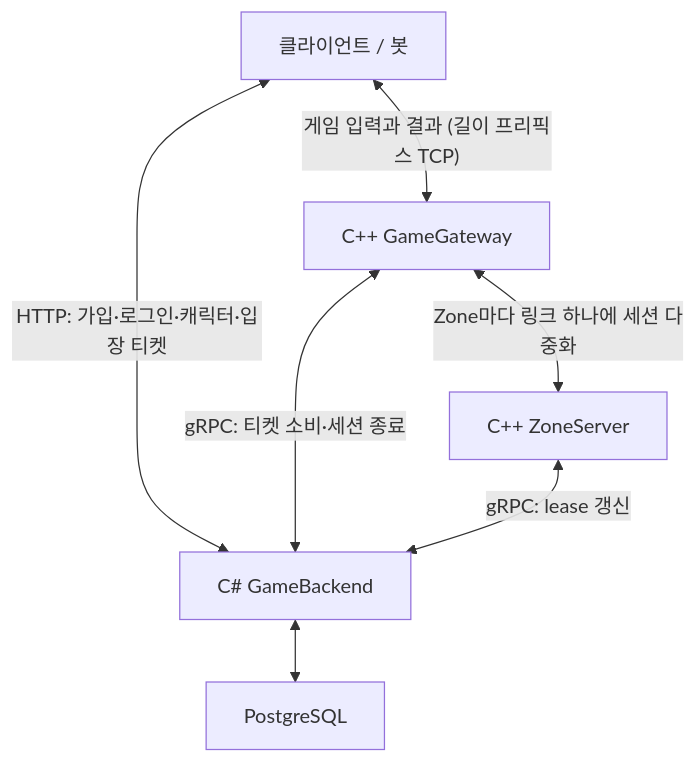
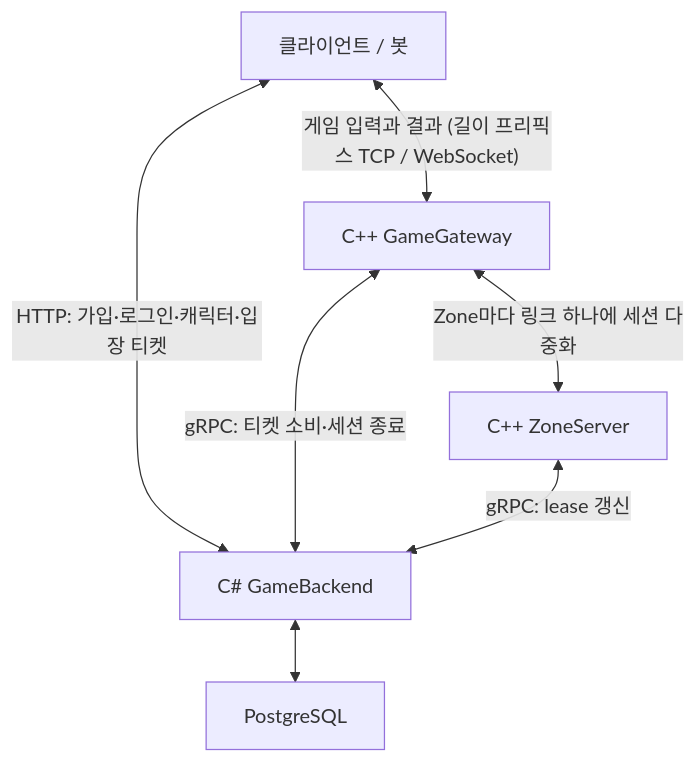
Before and after one commit to hstar0124/sa-server: the first of 2 diagrams in README.md, drawn with Mermaid. The commit also changed other lines of this file and 2 other files, not shown here.

Commit message:
docs: feature 11 write-up and the WebSocket transport in README

````diff
--- a/README.md
+++ b/README.md
@@ -11,15 +11,15 @@
 ```mermaid
 flowchart TD
     C["클라이언트 / 봇"]
     G["C++ GameGateway"]
     Z["C++ ZoneServer"]
     B["C# GameBackend"]
     P["PostgreSQL"]
 
-    C <-->|"게임 입력과 결과 (길이 프리픽스 TCP)"| G
+    C <-->|"게임 입력과 결과 (길이 프리픽스 TCP / WebSocket)"| G
     C <-->|"HTTP: 가입·로그인·캐릭터·입장 티켓"| B
     G <-->|"Zone마다 링크 하나에 세션 다중화"| Z
     G <-->|"gRPC: 티켓 소비·세션 종료"| B
     Z <-->|"gRPC: lease 갱신"| B
     B <--> P
 ```
````
